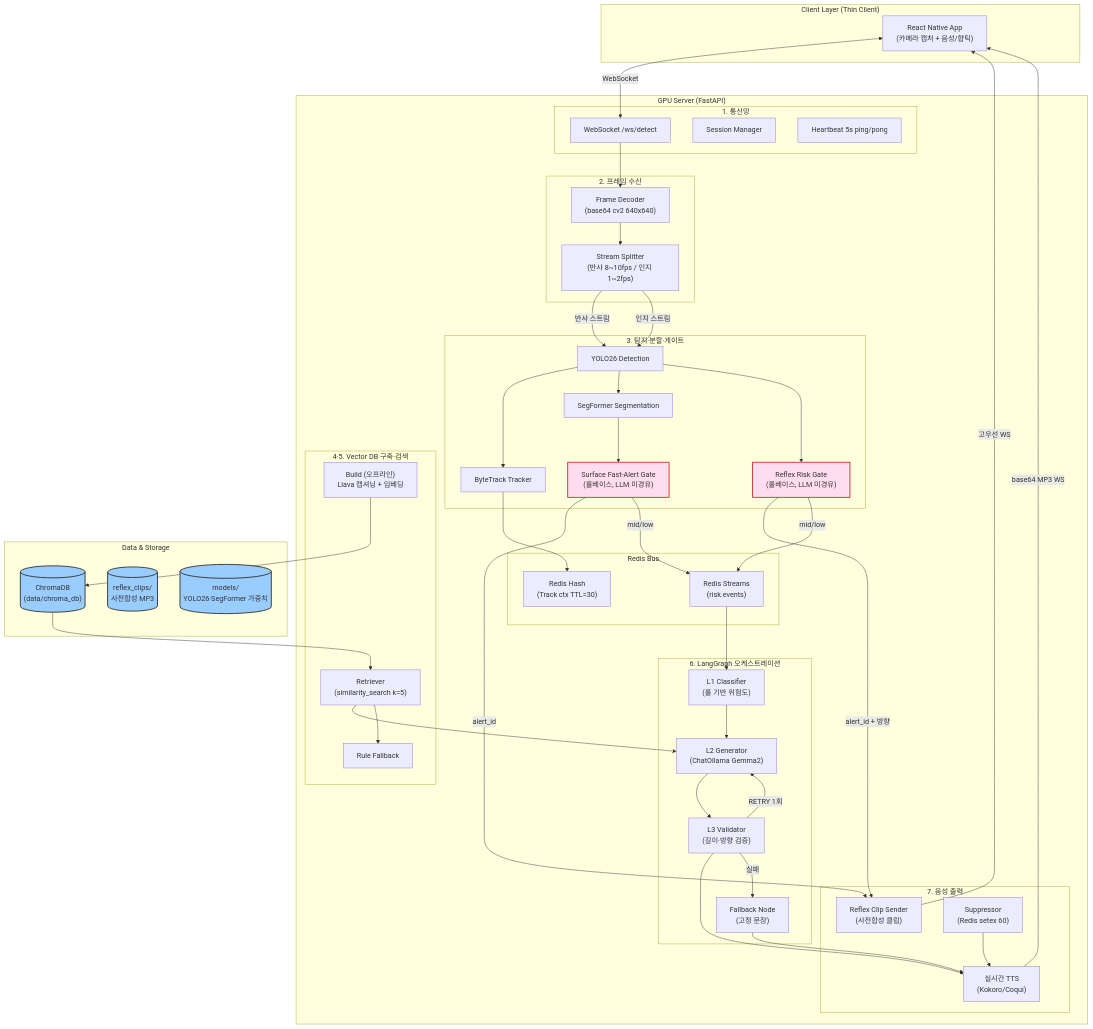
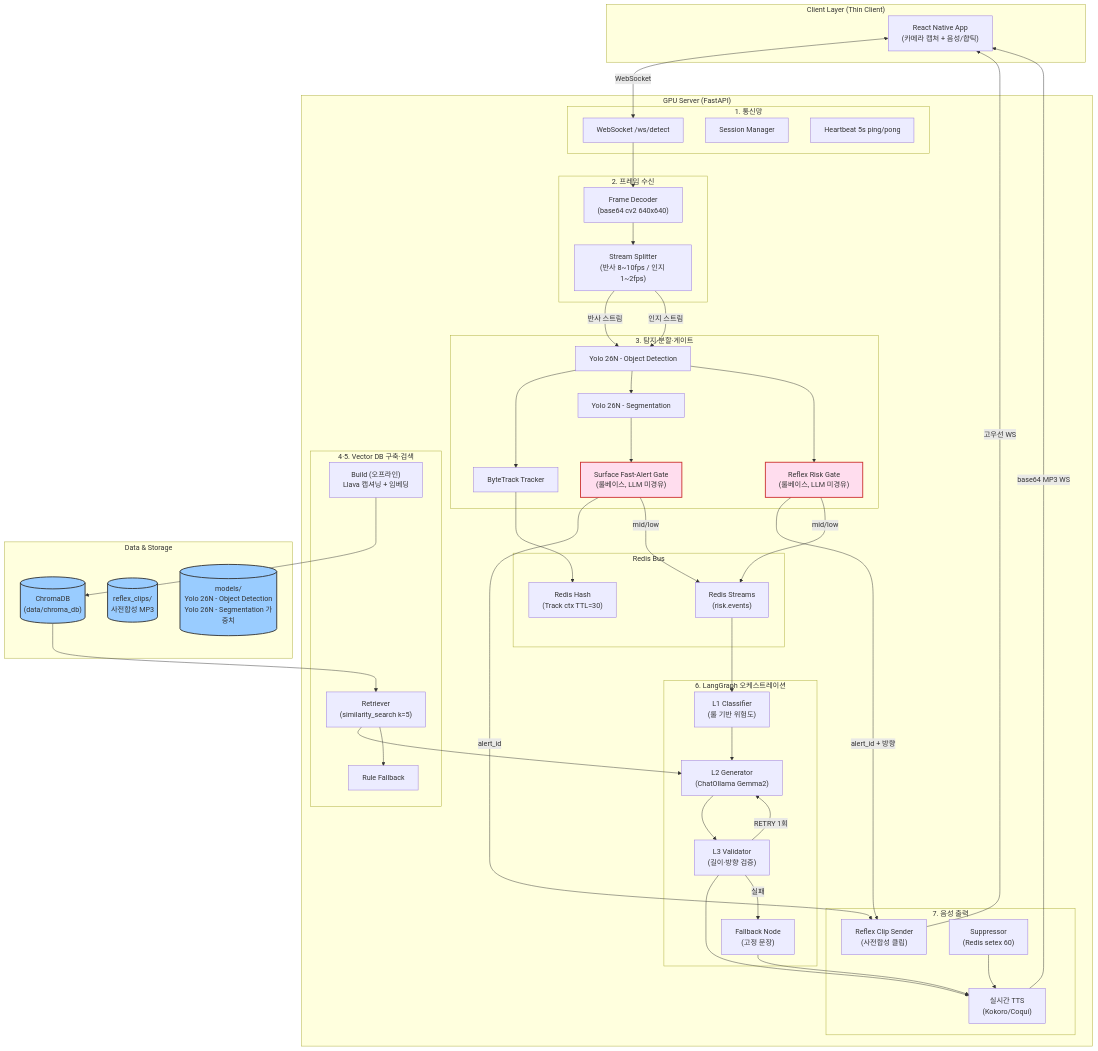
Before and after one commit to Groog-sudo/Minchodan: the first of 2 diagrams in docs/architecture.md, drawn with Mermaid. The commit also changed other lines of this file and 26 other files, not shown here.

```diff
--- a/docs/architecture.md
+++ b/docs/architecture.md
@@ -66,8 +66,8 @@
         end
 
         subgraph Detection ["3. 탐지·분할·게이트"]
-            YOLO["YOLO26 Detection"]
-            Seg["SegFormer Segmentation"]
+            YOLO["Yolo 26N - Object Detection"]
+            Seg["Yolo 26N - Segmentation"]
             Tracker["ByteTrack Tracker"]
             ReflexGate["Reflex Risk Gate<br/>(룰베이스, LLM 미경유)"]
             SurfaceGate["Surface Fast-Alert Gate<br/>(룰베이스, LLM 미경유)"]
@@ -101,7 +101,7 @@
     subgraph Data ["Data & Storage"]
         Chroma[("ChromaDB<br/>(data/chroma_db)")]
         Clips[("reflex_clips/<br/>사전합성 MP3")]
-        Models[("models/<br/>YOLO26·SegFormer 가중치")]
+        Models[("models/<br/>Yolo 26N - Object Detection<br/>Yolo 26N - Segmentation 가중치")]
     end
 
     Phone <-->|"WebSocket"| WS
```
